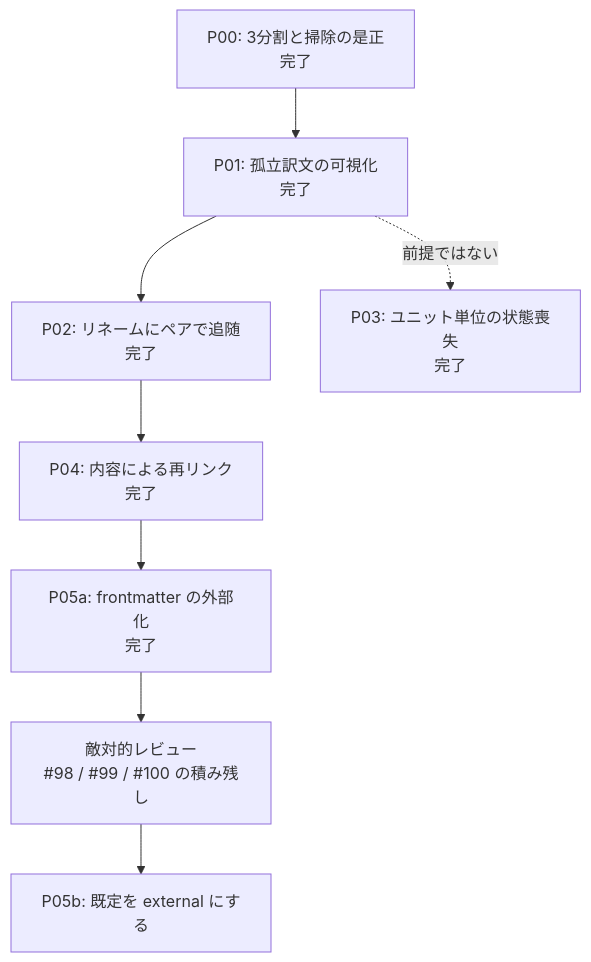
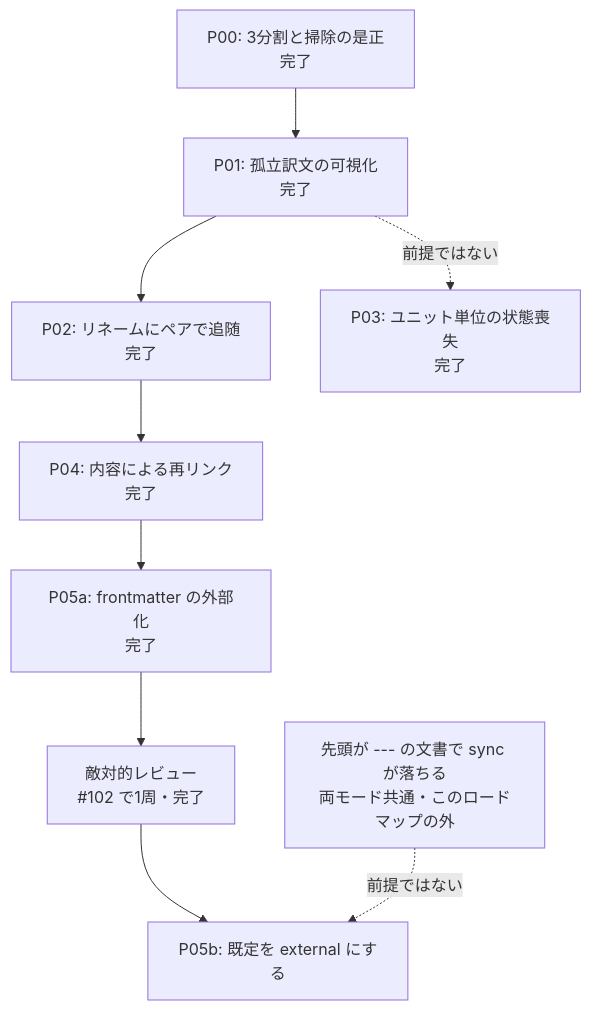
Before and after one commit to mochimochiki/mdait: the diagram in docs/roadmaps/roadmap-v01_external-markers.md, drawn with Mermaid. The commit also changed other lines of this file and 1 other file, not shown here.

````diff
--- a/docs/roadmaps/roadmap-v01_external-markers.md
+++ b/docs/roadmaps/roadmap-v01_external-markers.md
@@ -33,10 +33,11 @@
 ```mermaid
 graph TD
 P00[P00: 3分割と掃除の是正<br/>完了] --> P01[P01: 孤立訳文の可視化<br/>完了]
 P01 --> P02[P02: リネームにペアで追随<br/>完了]
 P02 --> P04[P04: 内容による再リンク<br/>完了]
 P04 --> P05a[P05a: frontmatter の外部化<br/>完了]
-P05a --> R[敵対的レビュー<br/>#98 / #99 / #100 の積み残し]
+P05a --> R[敵対的レビュー<br/>#102 で1周・完了]
 R --> P05b[P05b: 既定を external にする]
 P01 -.->|前提ではない| P03[P03: ユニット単位の状態喪失<br/>完了]
+FM[先頭が --- の文書で sync が落ちる<br/>両モード共通・このロードマップの外] -.->|前提ではない| P05b
 ```
````
